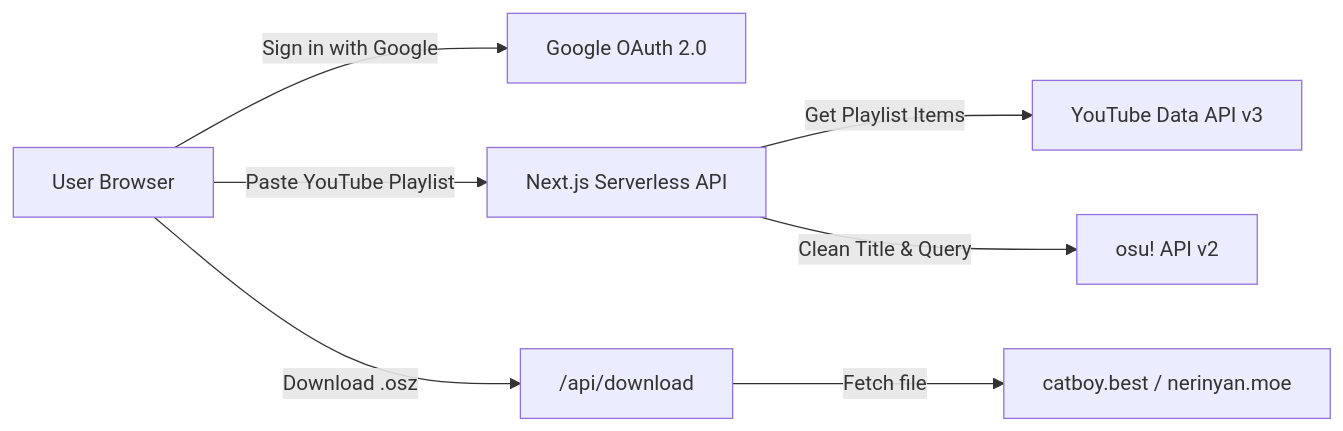
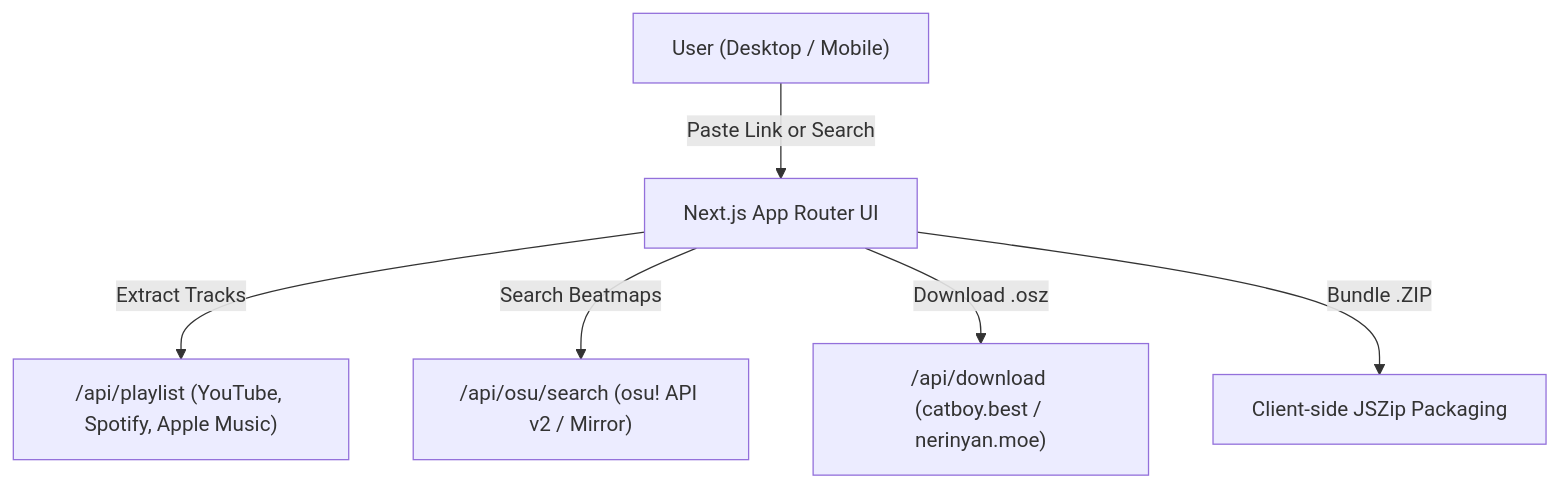
One commit to sidlikesgrapess/osu-playlist-sync changed the diagram in README.md. Above: the diagram before and after it, drawn with Mermaid. The commit also changed other lines of this file, not shown here.

Commit message:
docs: update README with multi-platform, mobile, and feature details

````diff
--- a/README.md
+++ b/README.md
@@ -82,9 +84,8 @@
 ```mermaid
-graph LR
-    User["User Browser"] -->|"Sign in with Google"| GoogleOAuth["Google OAuth 2.0"]
-    User -->|"Paste YouTube Playlist"| NextApi["Next.js Serverless API"]
-    NextApi -->|"Get Playlist Items"| YouTubeAPI["YouTube Data API v3"]
-    NextApi -->|"Clean Title & Query"| OsuAPI["osu! API v2"]
-    User -->|"Download .osz"| ProxyAPI["/api/download"]
-    ProxyAPI -->|"Fetch file"| Mirror["catboy.best / nerinyan.moe"]
+graph TD
+    User["User (Desktop / Mobile)"] -->|"Paste Link or Search"| Frontend["Next.js App Router UI"]
+    Frontend -->|"Extract Tracks"| Extractor["/api/playlist (YouTube, Spotify, Apple Music)"]
+    Frontend -->|"Search Beatmaps"| OsuSearch["/api/osu/search (osu! API v2 / Mirror)"]
+    Frontend -->|"Download .osz"| Proxy["/api/download (catboy.best / nerinyan.moe)"]
+    Frontend -->|"Bundle .ZIP"| JSZip["Client-side JSZip Packaging"]
 ```
````
